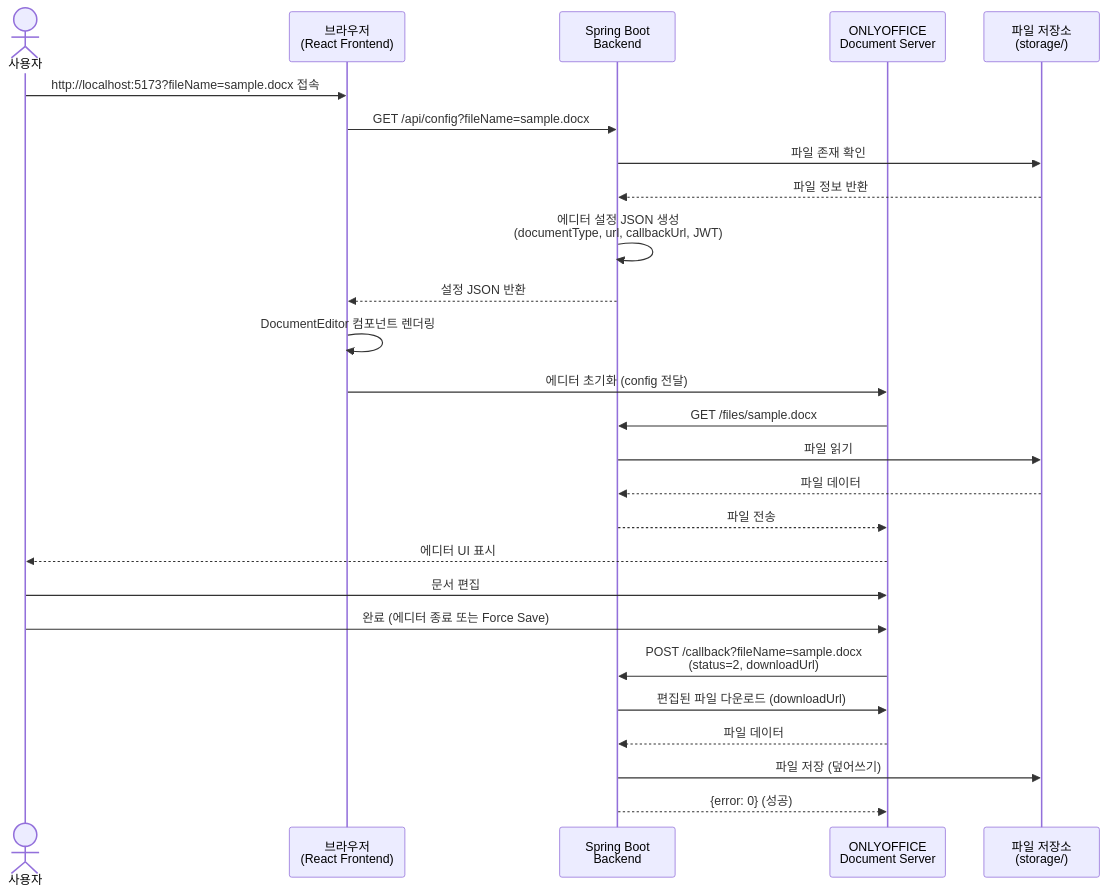
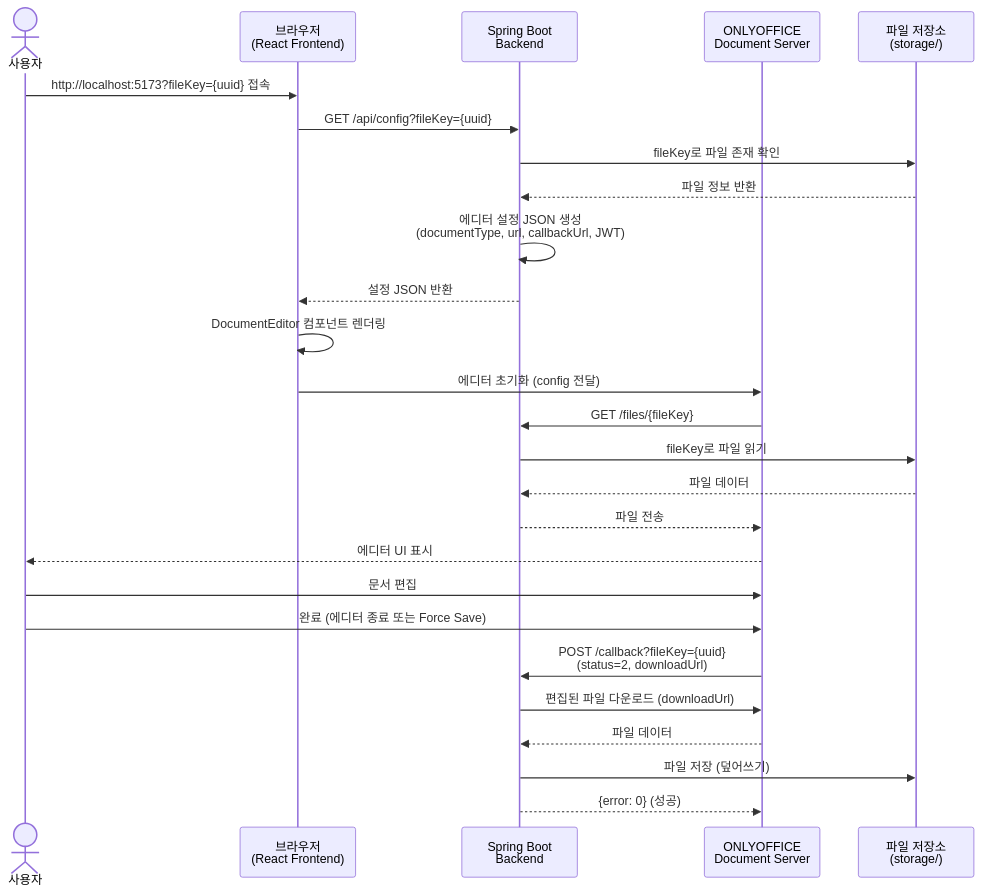
Before and after one commit to taez224/onlyoffice-demo: the diagram in README.md, drawn with Mermaid. The commit also changed other lines of this file and 2 other files, not shown here.

First line of the commit message:
docs: update README for fileKey-based flow and migration process

````diff
--- a/README.md
+++ b/README.md
@@ -211,33 +231,33 @@
 ```mermaid
 sequenceDiagram
     actor User as 사용자
     participant Browser as 브라우저<br/>(React Frontend)
     participant Backend as Spring Boot<br/>Backend
     participant ONLYOFFICE as ONLYOFFICE<br/>Document Server
     participant Storage as 파일 저장소<br/>(storage/)
 
-    User->>Browser: http://localhost:5173?fileName=sample.docx 접속
-    Browser->>Backend: GET /api/config?fileName=sample.docx
-    Backend->>Storage: 파일 존재 확인
+    User->>Browser: http://localhost:5173?fileKey={uuid} 접속
+    Browser->>Backend: GET /api/config?fileKey={uuid}
+    Backend->>Storage: fileKey로 파일 존재 확인
     Storage-->>Backend: 파일 정보 반환
     Backend->>Backend: 에디터 설정 JSON 생성<br/>(documentType, url, callbackUrl, JWT)
     Backend-->>Browser: 설정 JSON 반환
 
     Browser->>Browser: DocumentEditor 컴포넌트 렌더링
     Browser->>ONLYOFFICE: 에디터 초기화 (config 전달)
 
-    ONLYOFFICE->>Backend: GET /files/sample.docx
-    Backend->>Storage: 파일 읽기
+    ONLYOFFICE->>Backend: GET /files/{fileKey}
+    Backend->>Storage: fileKey로 파일 읽기
     Storage-->>Backend: 파일 데이터
     Backend-->>ONLYOFFICE: 파일 전송
 
     ONLYOFFICE-->>User: 에디터 UI 표시
     User->>ONLYOFFICE: 문서 편집
 
     User->>ONLYOFFICE: 완료 (에디터 종료 또는 Force Save)
-    ONLYOFFICE->>Backend: POST /callback?fileName=sample.docx<br/>(status=2, downloadUrl)
+    ONLYOFFICE->>Backend: POST /callback?fileKey={uuid}<br/>(status=2, downloadUrl)
     Backend->>ONLYOFFICE: 편집된 파일 다운로드 (downloadUrl)
     ONLYOFFICE-->>Backend: 파일 데이터
     Backend->>Storage: 파일 저장 (덮어쓰기)
     Backend-->>ONLYOFFICE: {error: 0} (성공)
 ```
````
